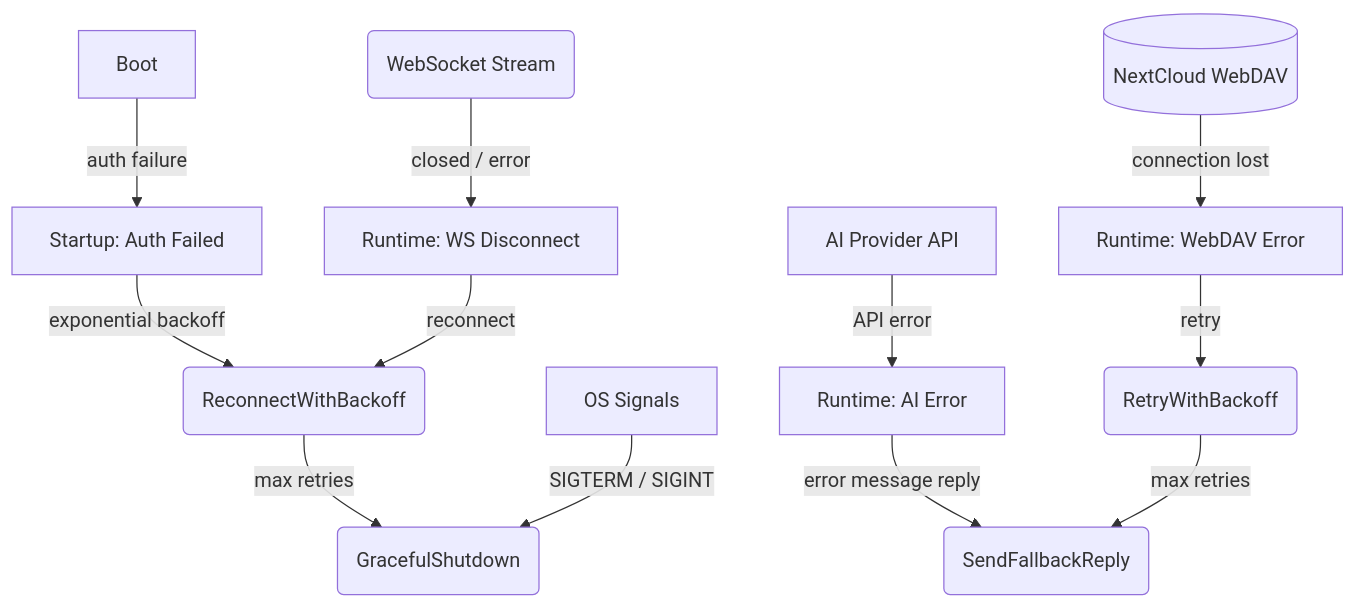
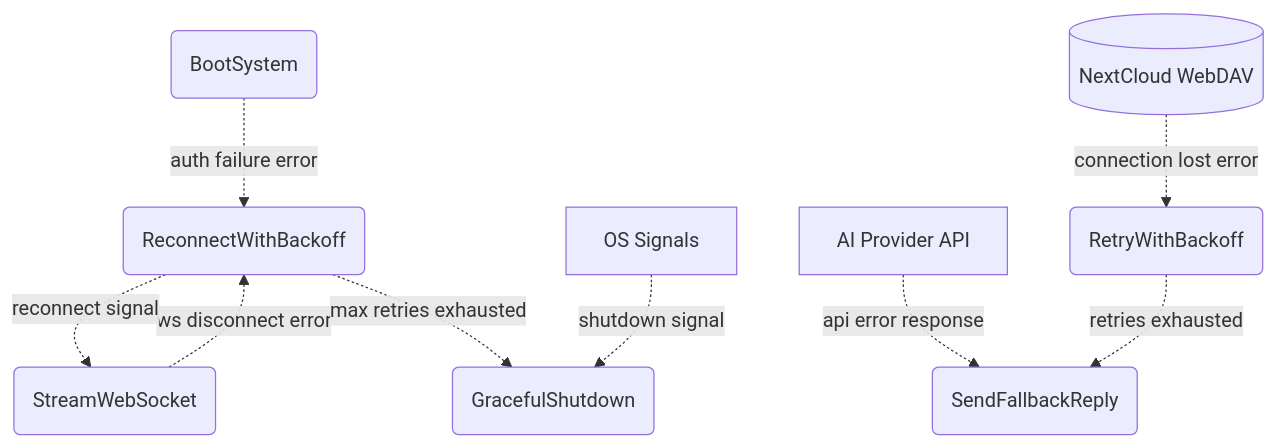
The third of 3 diagrams in _dfds/agent-orchestrator.md (cosmoswafer/rockbot), drawn with Mermaid before and after one commit. The commit also changed other lines of this file and 7 other files, not shown here.

````diff
--- a/_dfds/agent-orchestrator.md
+++ b/_dfds/agent-orchestrator.md
@@ -101,30 +99,21 @@
 ```mermaid
 flowchart TD
-    START[Boot]
-    WS(WebSocket Stream)
+    START(BootSystem)
+    WS(StreamWebSocket)
     AI[AI Provider API]
     DAV[(NextCloud WebDAV)]
-
-    AUTH_FAIL[Startup: Auth Failed]
-    WS_CLOSED[Runtime: WS Disconnect]
-    AI_ERROR[Runtime: AI Error]
-    DAV_ERROR[Runtime: WebDAV Error]
-
     RECONNECT(ReconnectWithBackoff)
     FALLBACK(SendFallbackReply)
     RETRY(RetryWithBackoff)
     SHUTDOWN(GracefulShutdown)
     SIG[OS Signals]
 
-    START -->|"auth failure"| AUTH_FAIL
-    AUTH_FAIL -->|"exponential backoff"| RECONNECT
-    WS -->|"closed / error"| WS_CLOSED
-    WS_CLOSED -->|"reconnect"| RECONNECT
-    RECONNECT -->|"max retries"| SHUTDOWN
-    AI -->|"API error"| AI_ERROR
-    AI_ERROR -->|"error message reply"| FALLBACK
-    DAV -->|"connection lost"| DAV_ERROR
-    DAV_ERROR -->|"retry"| RETRY
-    RETRY -->|"max retries"| FALLBACK
-    SIG -->|"SIGTERM / SIGINT"| SHUTDOWN
+    START -.->|"auth failure error"| RECONNECT
+    WS -.->|"ws disconnect error"| RECONNECT
+    RECONNECT -.->|"reconnect signal"| WS
+    RECONNECT -.->|"max retries exhausted"| SHUTDOWN
+    AI -.->|"api error response"| FALLBACK
+    DAV -.->|"connection lost error"| RETRY
+    RETRY -.->|"retries exhausted"| FALLBACK
+    SIG -.->|"shutdown signal"| SHUTDOWN
 ```
````
